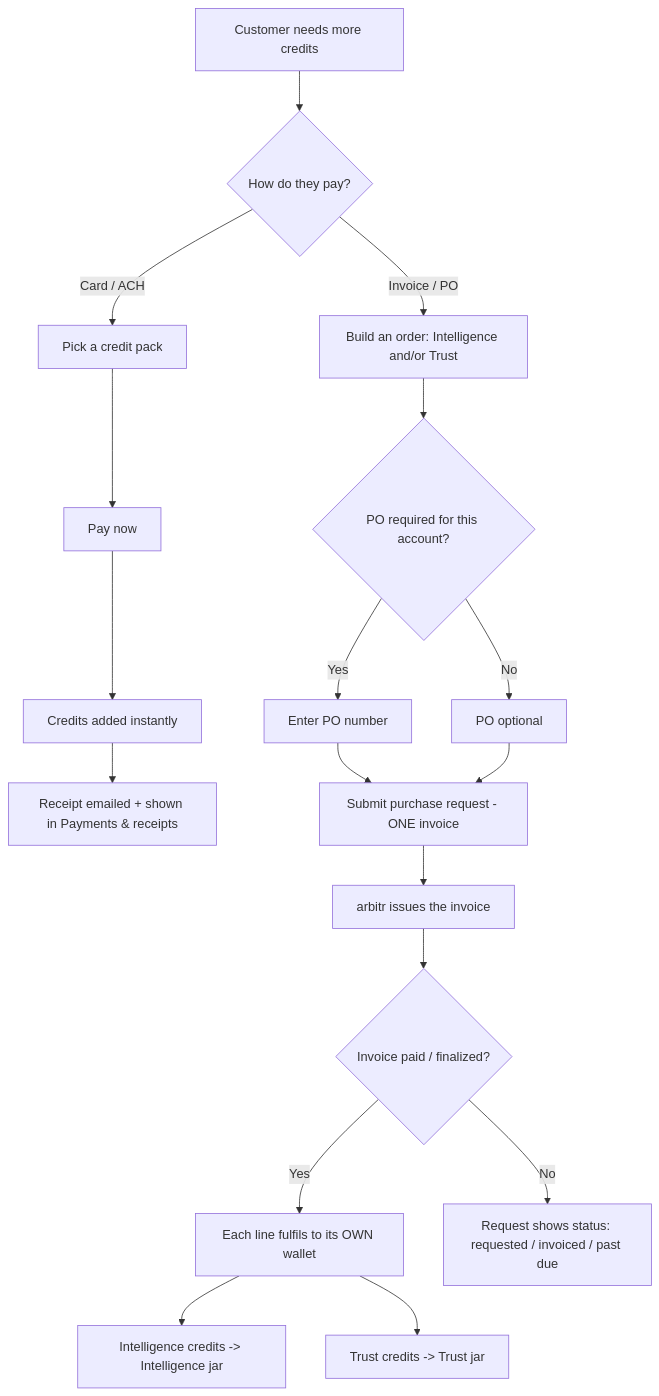
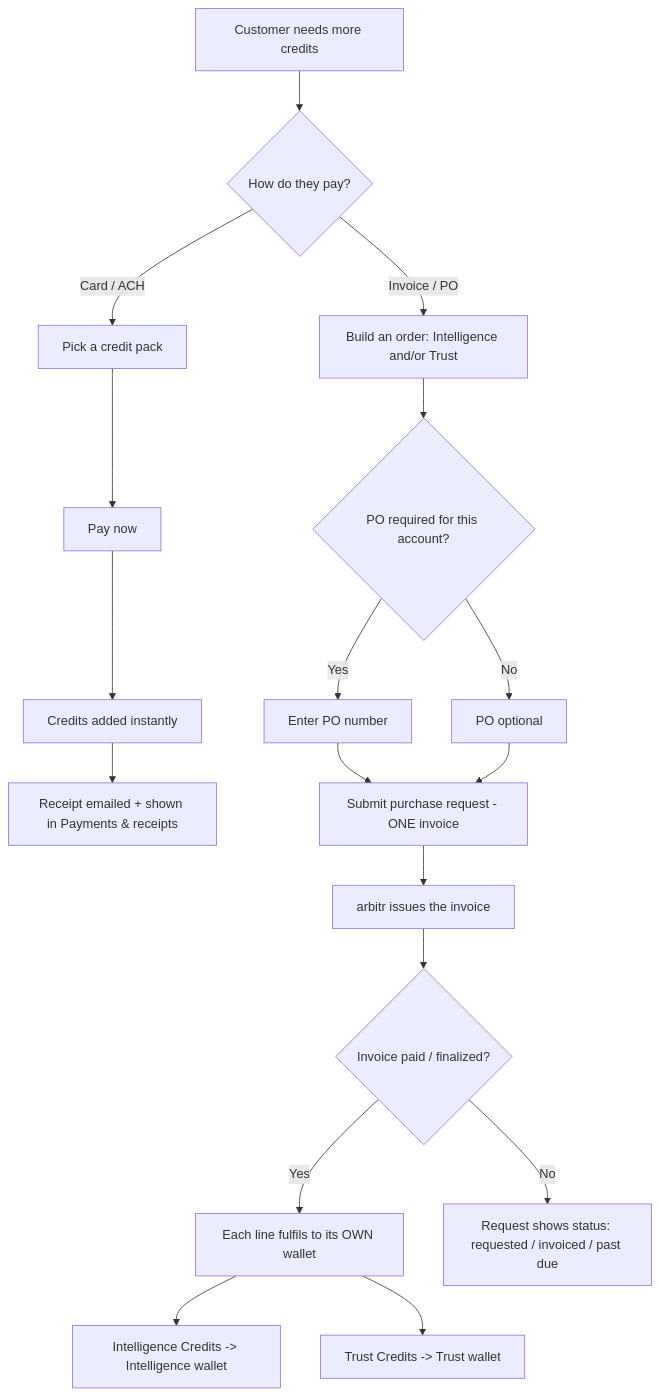
Before and after one commit to nakesekander-CPO/NotVerify: the first of 2 diagrams in docs/billing-requirements.md, drawn with Mermaid. The commit also changed other lines of this file, not shown here.

First line of the commit message:
Billing doc: use "Credits" nomenclature; state non-interchangeability

````diff
--- a/docs/billing-requirements.md
+++ b/docs/billing-requirements.md
@@ -84,22 +84,22 @@
 ```mermaid
 flowchart TD
     A[Customer needs more credits] --> B{How do they pay?}
 
     B -->|Card / ACH| C[Pick a credit pack]
     C --> D[Pay now]
     D --> E[Credits added instantly]
     E --> F[Receipt emailed + shown in Payments & receipts]
 
     B -->|Invoice / PO| G[Build an order: Intelligence and/or Trust]
     G --> H{PO required for this account?}
     H -->|Yes| I[Enter PO number]
     H -->|No| J[PO optional]
     I --> K[Submit purchase request - ONE invoice]
     J --> K
     K --> L[arbitr issues the invoice]
     L --> M{Invoice paid / finalized?}
     M -->|Yes| N[Each line fulfils to its OWN wallet]
-    N --> O[Intelligence credits -> Intelligence jar]
-    N --> P[Trust credits -> Trust jar]
+    N --> O[Intelligence Credits -> Intelligence wallet]
+    N --> P[Trust Credits -> Trust wallet]
     M -->|No| Q[Request shows status: requested / invoiced / past due]
 ```
````
